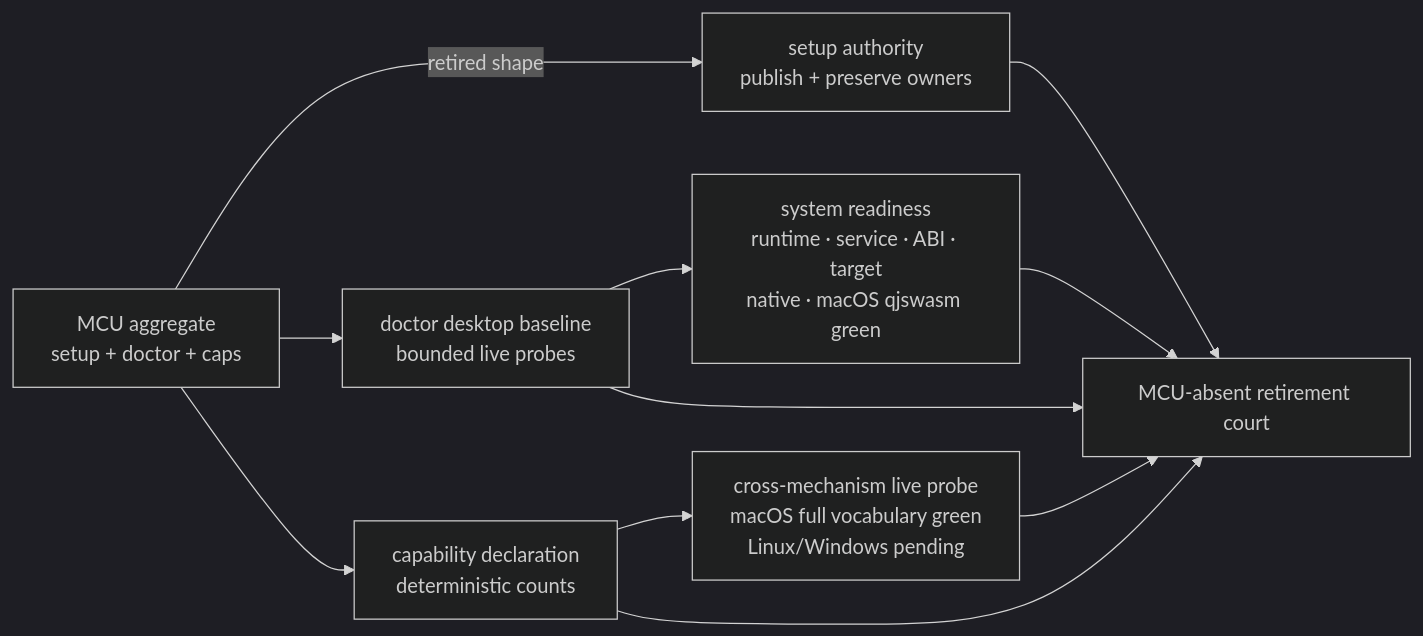
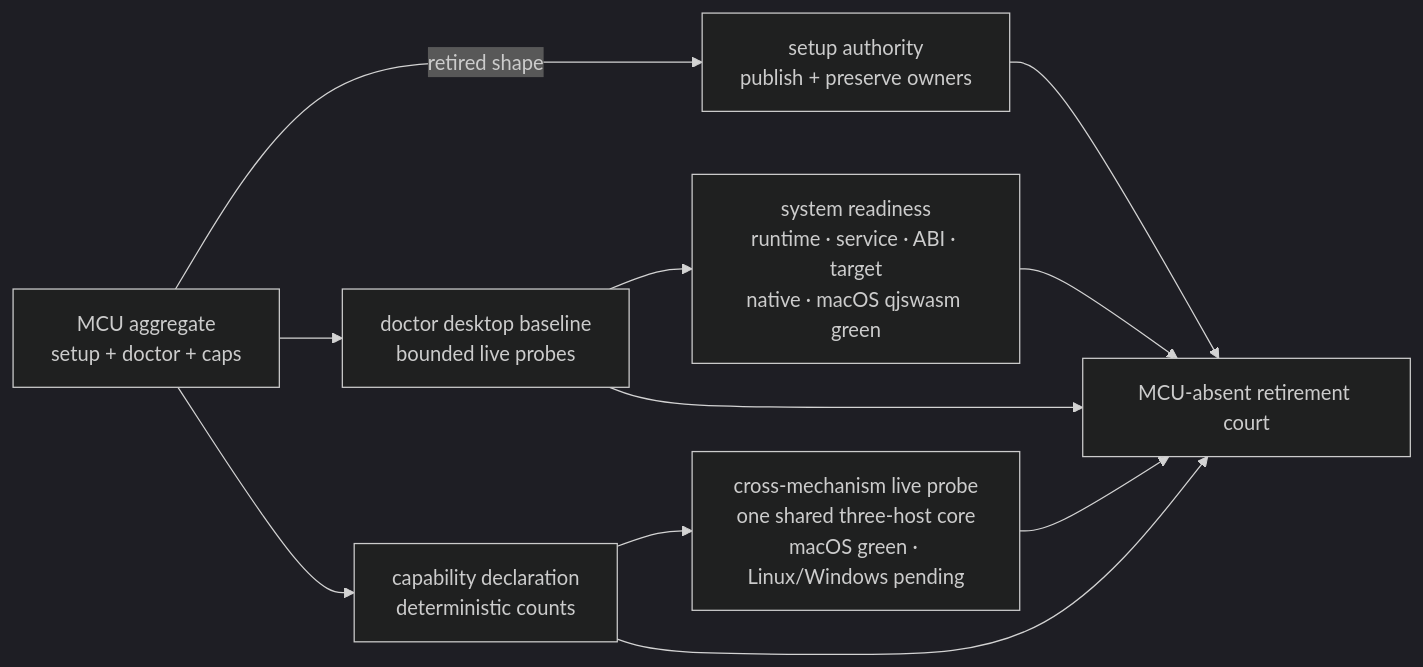
Diagram 11 of 17 in prd/PRD_02_28_agenterm_cu.md (partnernetsoftware/agenterm), drawn with Mermaid (dark theme) before and after one commit. The commit also changed other lines of this file and 11 other files, not shown here.

````diff
--- a/prd/PRD_02_28_agenterm_cu.md
+++ b/prd/PRD_02_28_agenterm_cu.md
@@ -910,9 +912,9 @@
 ```mermaid
 flowchart LR
   OLD["MCU aggregate<br/>setup + doctor + caps"] -->|retired shape| SET["setup authority<br/>publish + preserve owners"]
   OLD --> BASE["doctor desktop baseline<br/>bounded live probes"]
   OLD --> DECL["capability declaration<br/>deterministic counts"]
   BASE --> SYS["system readiness<br/>runtime · service · ABI · target<br/>native · macOS qjswasm green"]
-  DECL --> LIVE["cross-mechanism live probe<br/>macOS full vocabulary green<br/>Linux/Windows pending"]
+  DECL --> LIVE["cross-mechanism live probe<br/>one shared three-host core<br/>macOS green · Linux/Windows pending"]
   SET & BASE & DECL & SYS & LIVE --> RET["MCU-absent retirement court"]
 ```
````
